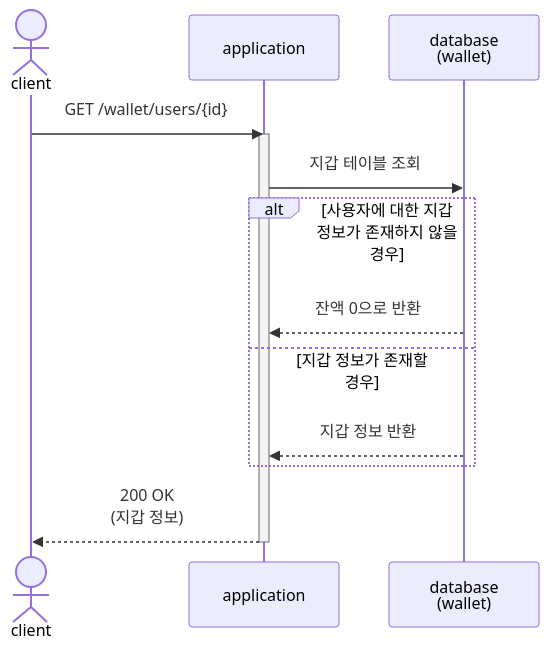
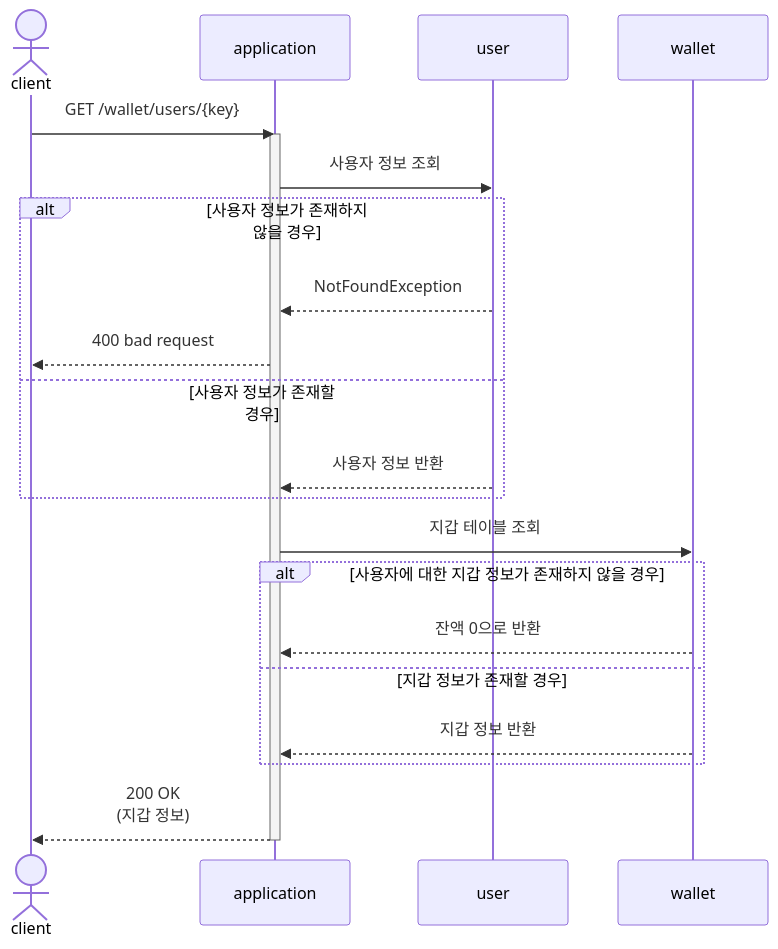
The fifth of 9 diagrams in README.md (keepbang/hanghae-ecommerce), drawn with Mermaid before and after one commit. The commit also changed other lines of this file and 53 other files, not shown here.

````diff
--- a/README.md
+++ b/README.md
@@ -418,22 +421,32 @@
   ```mermaid
   sequenceDiagram
       actor client
       participant app as application
-      participant wallet as database<br>(wallet)
-      client->>app:GET /wallet/users/{id}
+      participant user
+      participant wallet
+      client->>app:GET /wallet/users/{key}
       activate app
+  
+      app->>user:사용자 정보 조회
+      alt 사용자 정보가 존재하지 않을 경우
+          user-->>app:NotFoundException
+          app-->>client:400 bad request
+      else 사용자 정보가 존재할 경우
+          user-->>app:사용자 정보 반환
+      end
+  
       
       app->>wallet:지갑 테이블 조회
       
       alt 사용자에 대한 지갑 정보가 존재하지 않을 경우
           wallet-->>app:잔액 0으로 반환
       else 지갑 정보가 존재할 경우
           wallet-->>app:지갑 정보 반환
       end
       
       app-->>client:200 OK<br>(지갑 정보)
       
       deactivate app
       
       
   ```
````
